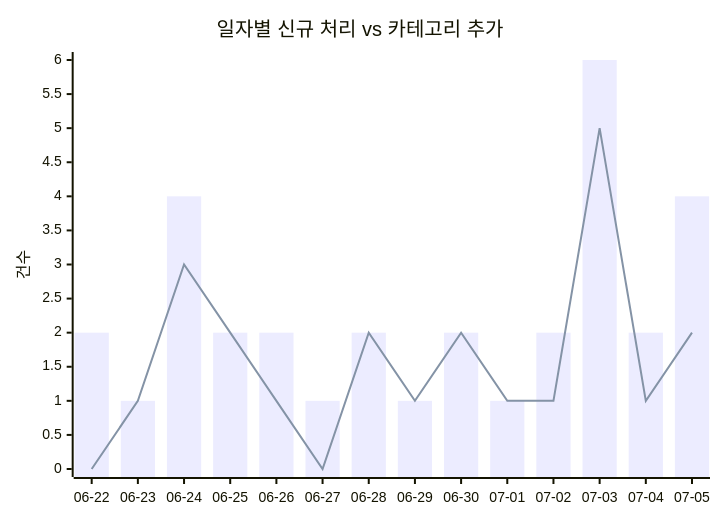
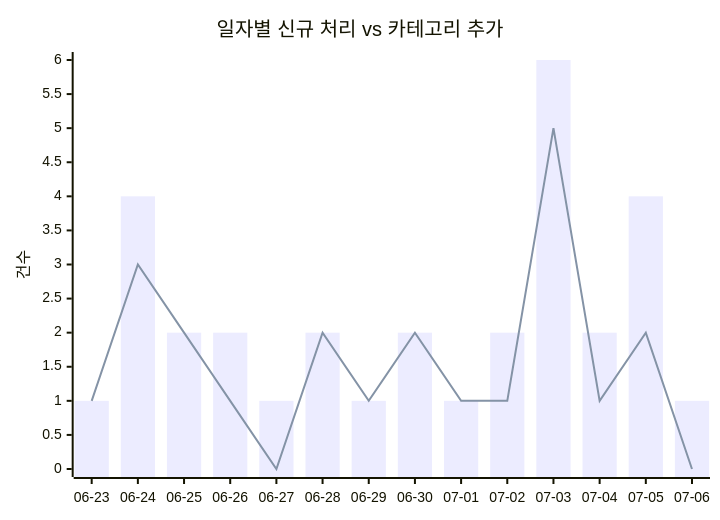
One commit to J-nowcow/awesome-korean-agent-skills changed the first of 2 diagrams in docs/trends.md. Above: the diagram before and after it, drawn with Mermaid. The commit also changed other lines of this file and 27 other files, not shown here.

````diff
--- a/docs/trends.md
+++ b/docs/trends.md
@@ -32,8 +32,8 @@
 ```mermaid
 xychart-beta
     title "일자별 신규 처리 vs 카테고리 추가"
-    x-axis ["06-22","06-23","06-24","06-25","06-26","06-27","06-28","06-29","06-30","07-01","07-02","07-03","07-04","07-05"]
+    x-axis ["06-23","06-24","06-25","06-26","06-27","06-28","06-29","06-30","07-01","07-02","07-03","07-04","07-05","07-06"]
     y-axis "건수"
-    bar [2,1,4,2,2,1,2,1,2,1,2,6,2,4]
-    line [0,1,3,2,1,0,2,1,2,1,1,5,1,2]
+    bar [1,4,2,2,1,2,1,2,1,2,6,2,4,1]
+    line [1,3,2,1,0,2,1,2,1,1,5,1,2,0]
 ```
````
